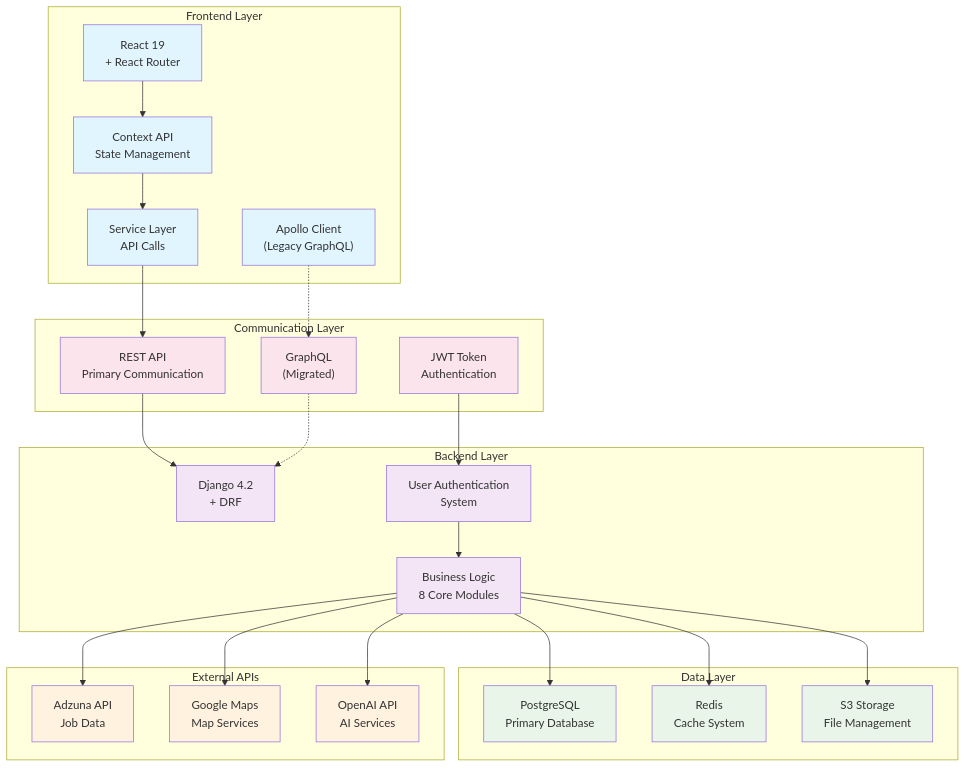
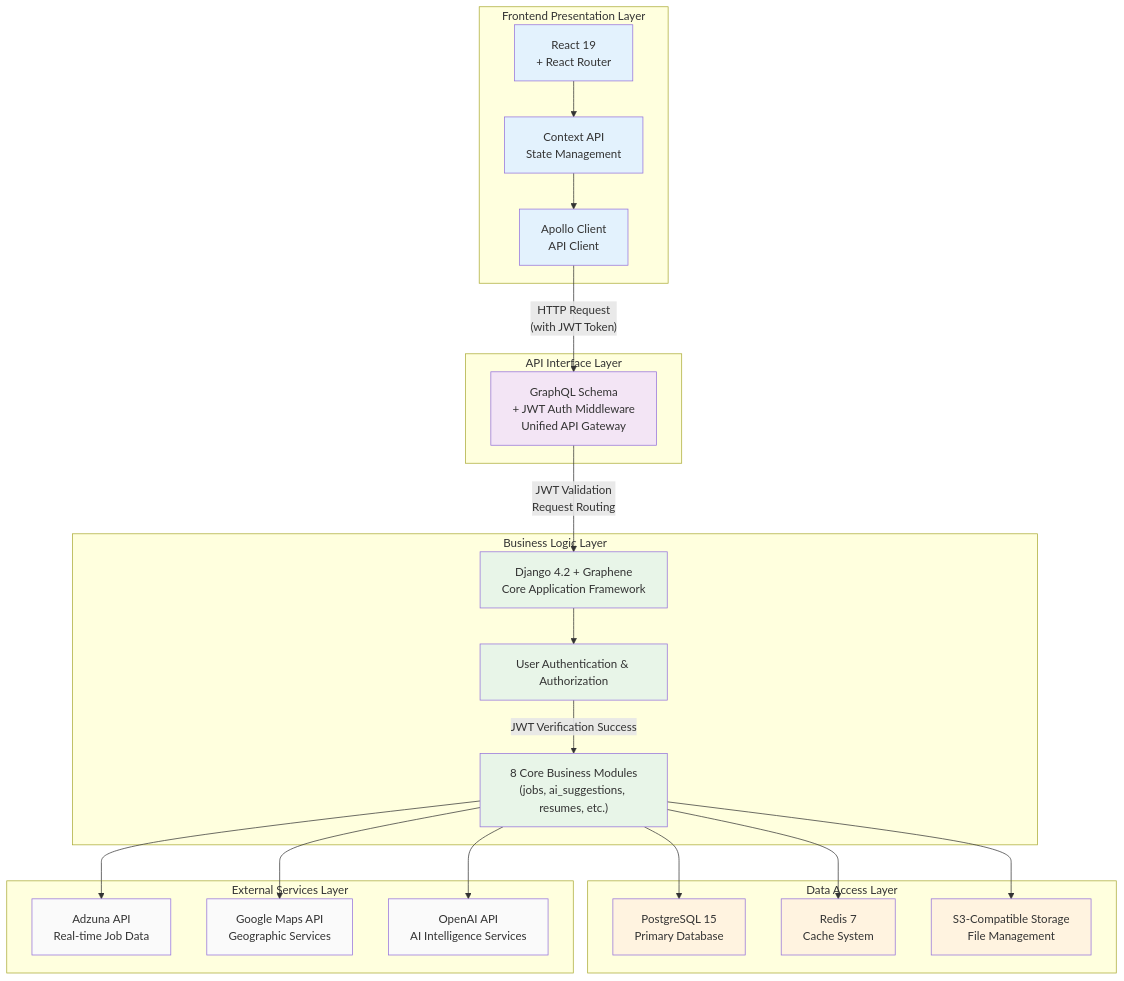
The first of 3 diagrams in JobQuest_Navigator_Report_EN.md (MariaVSoto/JobQuest_Navigator_CAA), drawn with Mermaid before and after one commit. The commit also changed other lines of this file and 219 other files, not shown here.

````diff
--- a/JobQuest_Navigator_Report_EN.md
+++ b/JobQuest_Navigator_Report_EN.md
@@ -73,67 +75,68 @@
 ```mermaid
 graph TB
-    %% Frontend Layer
-    subgraph "Frontend Layer"
+    %% Frontend Presentation Layer
+    subgraph "Frontend Presentation Layer"
         React["React 19<br/>+ React Router"]
         Context["Context API<br/>State Management"]
-        Apollo["Apollo Client<br/>(Legacy GraphQL)"]
-        Services["Service Layer<br/>API Calls"]
+        Apollo["Apollo Client<br/>API Client"]
     end
     
-    %% Communication Layer
-    subgraph "Communication Layer"
-        REST["REST API<br/>Primary Communication"]
-        GraphQL["GraphQL<br/>(Migrated)"]
-        JWT["JWT Token<br/>Authentication"]
+    %% API Interface Layer
+    subgraph "API Interface Layer"
+        GraphQL["GraphQL Schema<br/>+ JWT Auth Middleware<br/>Unified API Gateway"]
     end
     
-    %% Backend Layer
-    subgraph "Backend Layer"
-        Django["Django 4.2<br/>+ DRF"]
-        Auth["User Authentication<br/>System"]
-        Business["Business Logic<br/>8 Core Modules"]
+    %% Business Logic Layer
+    subgraph "Business Logic Layer"
+        Django["Django 4.2 + Graphene<br/>Core Application Framework"]
+        Auth["User Authentication & Authorization"]
+        CoreModules["8 Core Business Modules<br/>(jobs, ai_suggestions, resumes, etc.)"]
     end
     
-    %% Data Layer
-    subgraph "Data Layer"
-        PostgreSQL["PostgreSQL<br/>Primary Database"]
-        Redis["Redis<br/>Cache System"]
-        S3["S3 Storage<br/>File Management"]
+    %% Data Access Layer
+    subgraph "Data Access Layer"
+        PostgreSQL["PostgreSQL 15<br/>Primary Database"]
+        Redis["Redis 7<br/>Cache System"]
+        S3["S3-Compatible Storage<br/>File Management"]
     end
     
-    %% External APIs
-    subgraph "External APIs"
-        Adzuna["Adzuna API<br/>Job Data"]
-        Maps["Google Maps<br/>Map Services"]
-        OpenAI["OpenAI API<br/>AI Services"]
+    %% External Services Layer
+    subgraph "External Services Layer"
+        Adzuna["Adzuna API<br/>Real-time Job Data"]
+        Maps["Google Maps API<br/>Geographic Services"]
+        OpenAI["OpenAI API<br/>AI Intelligence Services"]
     end
     
-    %% Connections
+    %% Main Data Flow
     React --> Context
-    Context --> Services
-    Services --> REST
-    Apollo -.-> GraphQL
-    REST --> Django
-    GraphQL -.-> Django
-    JWT --> Auth
-    Auth --> Business
-    Business --> PostgreSQL
-    Business --> Redis
-    Business --> S3
-    Business --> Adzuna
-    Business --> Maps
-    Business --> OpenAI
+    Context --> Apollo
+    Apollo -->|"HTTP Request<br/>(with JWT Token)"| GraphQL
+    GraphQL -->|"JWT Validation<br/>Request Routing"| Django
+    
+    %% Authentication Flow
+    Django --> Auth
+    Auth -->|"JWT Verification Success"| CoreModules
+    
+    %% Data Access
+    CoreModules --> PostgreSQL
+    CoreModules --> Redis
+    CoreModules --> S3
+    
+    %% External Service Calls
+    CoreModules --> Adzuna
+    CoreModules --> Maps
+    CoreModules --> OpenAI
     
     %% Styling
-    classDef frontend fill:#e1f5fe
-    classDef backend fill:#f3e5f5
-    classDef data fill:#e8f5e8
-    classDef external fill:#fff3e0
-    classDef communication fill:#fce4ec
+    classDef frontend fill:#e3f2fd
+    classDef api fill:#f3e5f5
+    classDef business fill:#e8f5e8
+    classDef data fill:#fff3e0
+    classDef external fill:#fafafa
     
-    class React,Context,Apollo,Services frontend
-    class Django,Auth,Business backend
+    class React,Context,Apollo frontend
+    class GraphQL api
+    class Django,Auth,CoreModules business
     class PostgreSQL,Redis,S3 data
     class Adzuna,Maps,OpenAI external
-    class REST,GraphQL,JWT communication
 ```
````
